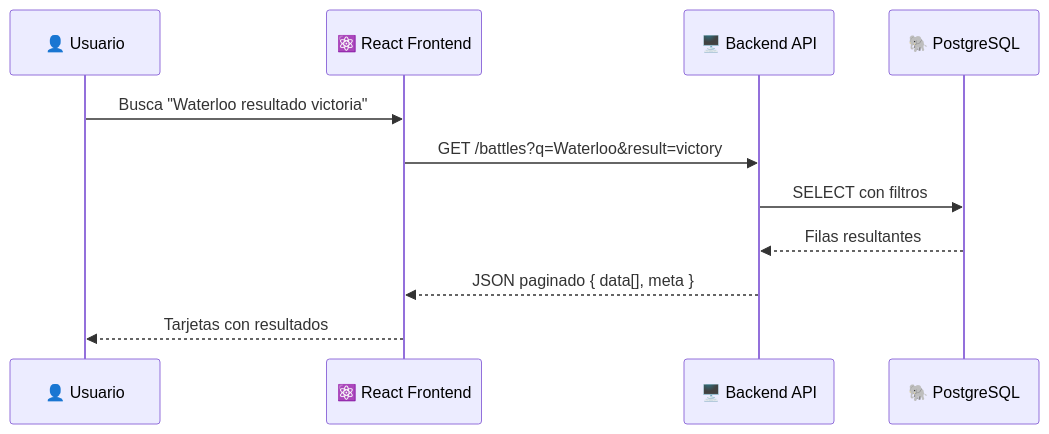
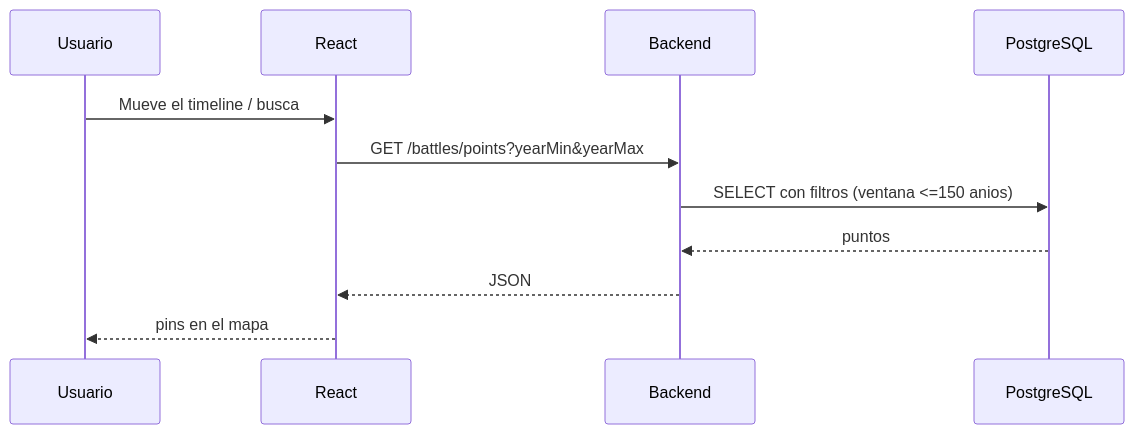
One commit to mtzgutierrez/bellum-atlas changed the second of 2 diagrams in docs/arquitectura/flujo-datos.md. Above: the diagram before and after it, drawn with Mermaid. The commit also changed other lines of this file and 76 other files, not shown here.

````diff
--- a/docs/arquitectura/flujo-datos.md
+++ b/docs/arquitectura/flujo-datos.md
@@ -9,14 +28,14 @@
 ```mermaid
 sequenceDiagram
-    participant US as 👤 Usuario
-    participant FE as ⚛️ React Frontend
-    participant BE as 🖥️ Backend API
-    participant DB as 🐘 PostgreSQL
+    participant US as Usuario
+    participant FE as React
+    participant BE as Backend
+    participant DB as PostgreSQL
 
-    US->>FE: Busca "Waterloo resultado victoria"
-    FE->>BE: GET /battles?q=Waterloo&result=victory
-    BE->>DB: SELECT con filtros
-    DB-->>BE: Filas resultantes
-    BE-->>FE: JSON paginado { data[], meta }
-    FE-->>US: Tarjetas con resultados
+    US->>FE: Mueve el timeline / busca
+    FE->>BE: GET /battles/points?yearMin&yearMax
+    BE->>DB: SELECT con filtros (ventana <=150 anios)
+    DB-->>BE: puntos
+    BE-->>FE: JSON
+    FE-->>US: pins en el mapa
 ```
````
